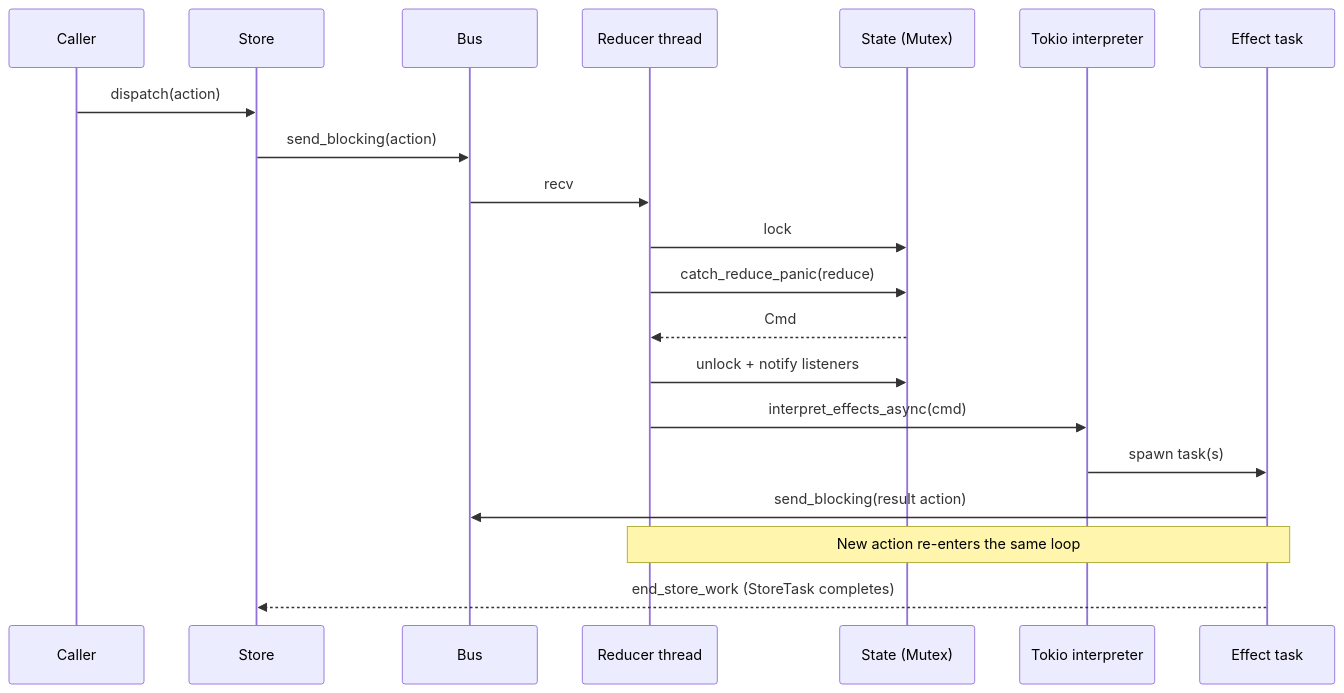
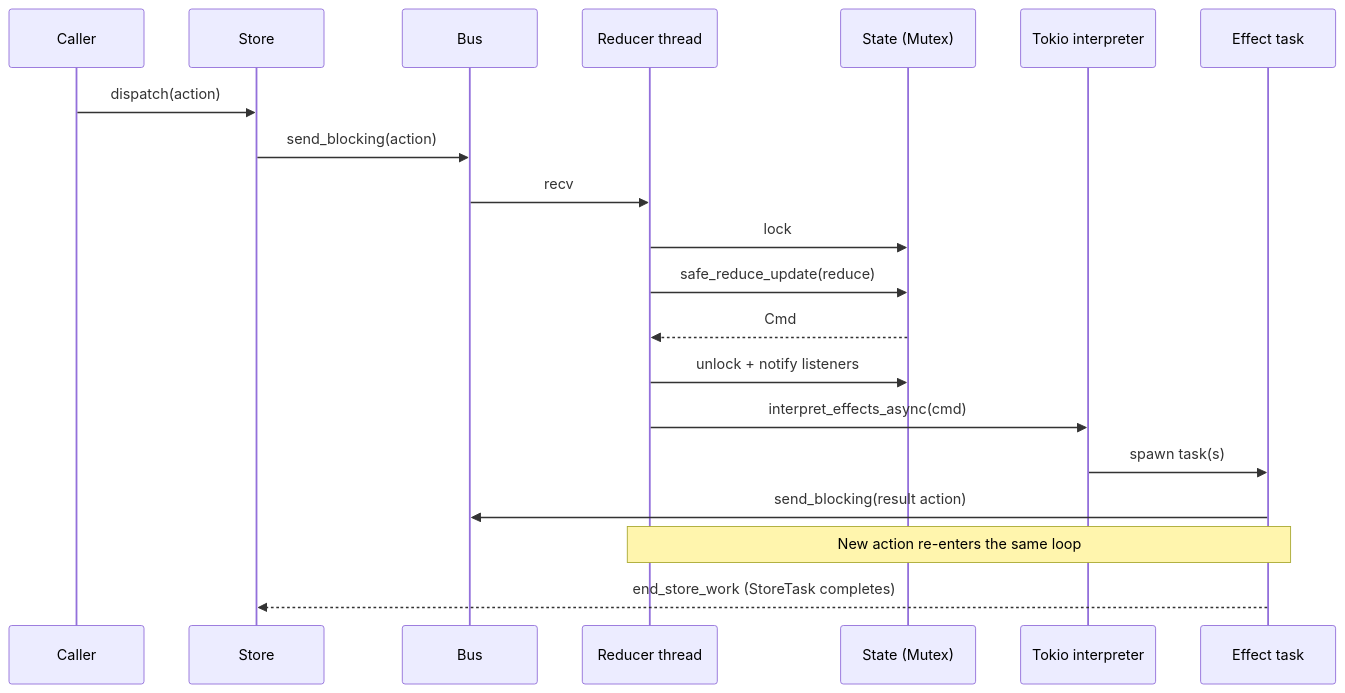
The second of 8 diagrams in rust-elm/book/architecture.md (akashsoni01/rust-key-paths), drawn with Mermaid before and after one commit. The commit also changed other lines of this file and 13 other files, not shown here.

Commit message:
safe reduce added

````diff
--- a/rust-elm/book/architecture.md
+++ b/rust-elm/book/architecture.md
@@ -67,23 +67,23 @@
 ```mermaid
 sequenceDiagram
     participant UI as Caller
     participant Store as Store
     participant Bus as Bus
     participant RT as Reducer thread
     participant State as State (Mutex)
     participant Tokio as Tokio interpreter
     participant FX as Effect task
 
     UI->>Store: dispatch(action)
     Store->>Bus: send_blocking(action)
     Bus->>RT: recv
     RT->>State: lock
-    RT->>State: catch_reduce_panic(reduce)
+    RT->>State: safe_reduce_update(reduce)
     State-->>RT: Cmd
     RT->>State: unlock + notify listeners
     RT->>Tokio: interpret_effects_async(cmd)
     Tokio->>FX: spawn task(s)
     FX->>Bus: send_blocking(result action)
     Note over RT,FX: New action re-enters the same loop
     FX-->>Store: end_store_work (StoreTask completes)
 ```
````
